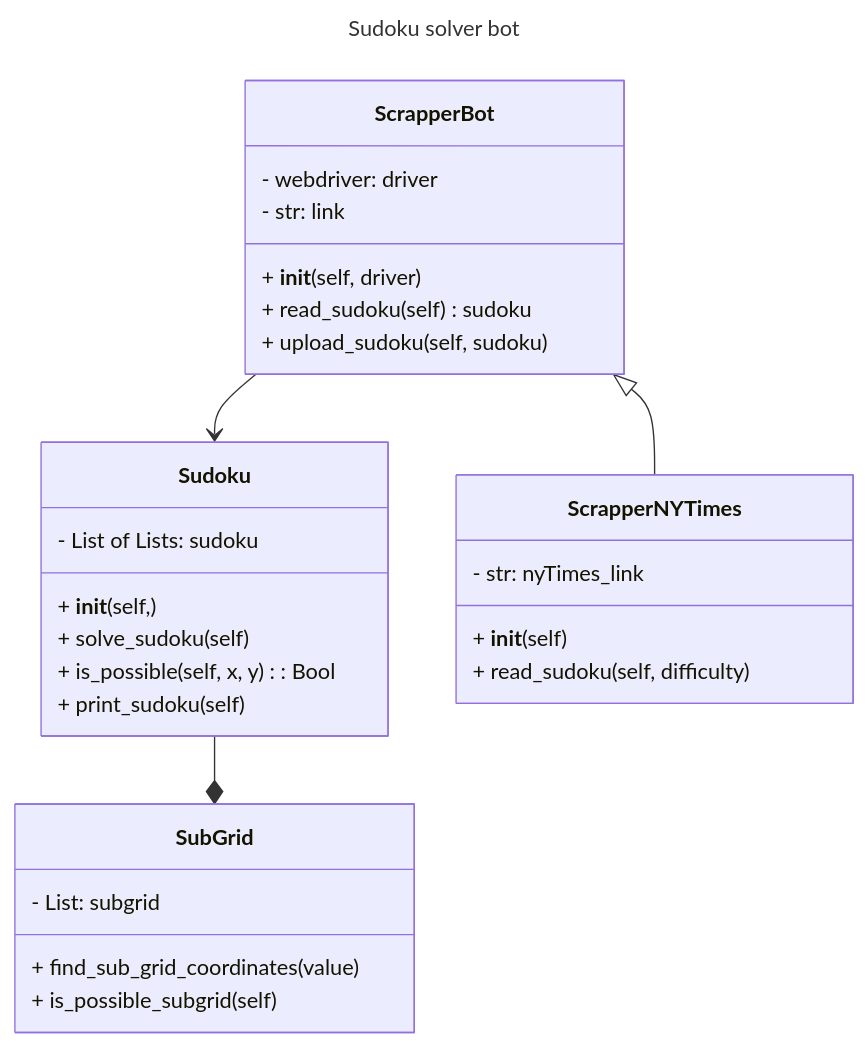
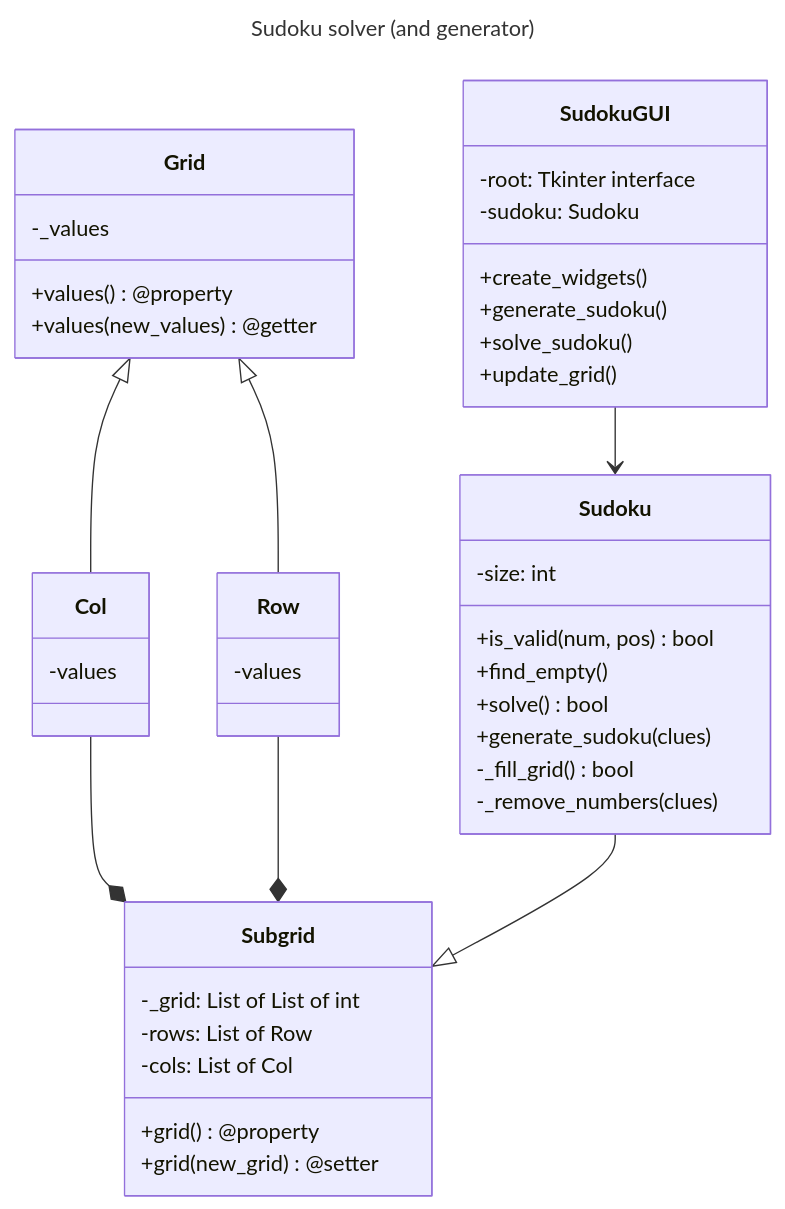
The diagram in README.md (richardgonzalezm/Sudoku_solver_bot), drawn with Mermaid before and after one commit. The commit also changed other lines of this file, not shown here.

Commit message:
Update README (class diagram and class documentation)

````diff
--- a/README.md
+++ b/README.md
@@ -10,35 +10,48 @@
 ```mermaid
 ---
-title: Sudoku solver bot
+title: Sudoku solver (and generator)
 ---
 classDiagram
-  class Sudoku {
-    - List of Lists: sudoku
-    + __init__(self, )
-    + solve_sudoku(self)
-    + is_possible(self, x, y): Bool
+    class Grid {
+        -_values
+        +values() @property
+        +values(new_values) @getter
+    }
+    class Col {
+        -values
+    }
+    class Row {
+        -values
+    }
+    Grid <|-- Col
+    Grid <|-- Row
+    class Sudoku {
+        -size: int
+        +is_valid(num, pos) bool
+        +find_empty() 
+        +solve() bool
+        +generate_sudoku(clues)
+        -_fill_grid() bool
+        -_remove_numbers(clues)
+    }
+    class SudokuGUI {
+        -root: Tkinter interface
+        -sudoku: Sudoku
+        +create_widgets()
+        +generate_sudoku()
+        +solve_sudoku()
+        +update_grid()
+    }
+    SudokuGUI --> Sudoku
+    class Subgrid {
+        -_grid: List of List of int
+        -rows: List of Row
+        -cols: List of Col
+        +grid()@property
+        +grid(new_grid)@setter
+    }
 
-    + print_sudoku(self)
-  }
-  class SubGrid{
-    - List: subgrid
-    + find_sub_grid_coordinates(value)
-    + is_possible_subgrid(self)    
-  }
-  Sudoku --* SubGrid
-  class ScrapperBot {
-    - webdriver: driver
-    - str: link
-    + __init__(self, driver)
-    + read_sudoku(self) sudoku
-    + upload_sudoku(self, sudoku)
-  }
-
-  class ScrapperNYTimes {
-    - str: nyTimes_link
-    + __init__(self)
-    + read_sudoku(self, difficulty)
-  }
-  ScrapperBot --> Sudoku
-  ScrapperBot<|--ScrapperNYTimes
+    Col --* Subgrid
+    Row --* Subgrid
+    Sudoku --|> Subgrid
 ```
````
